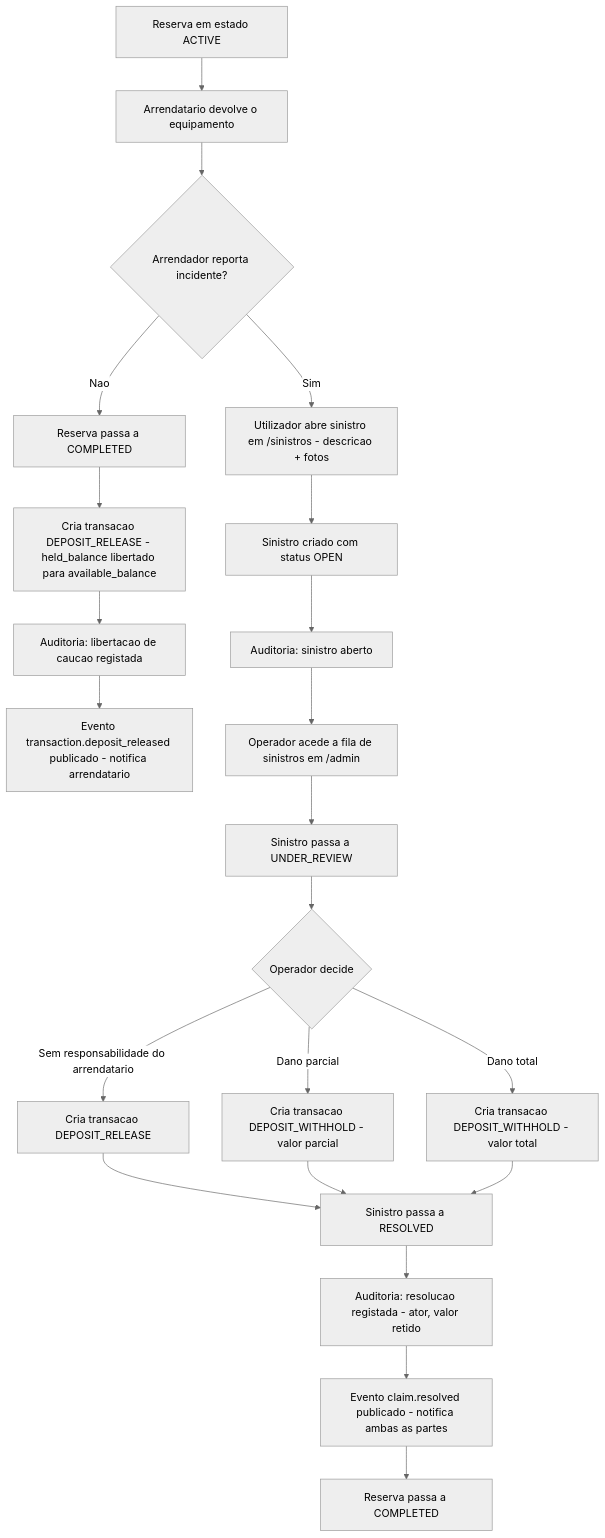
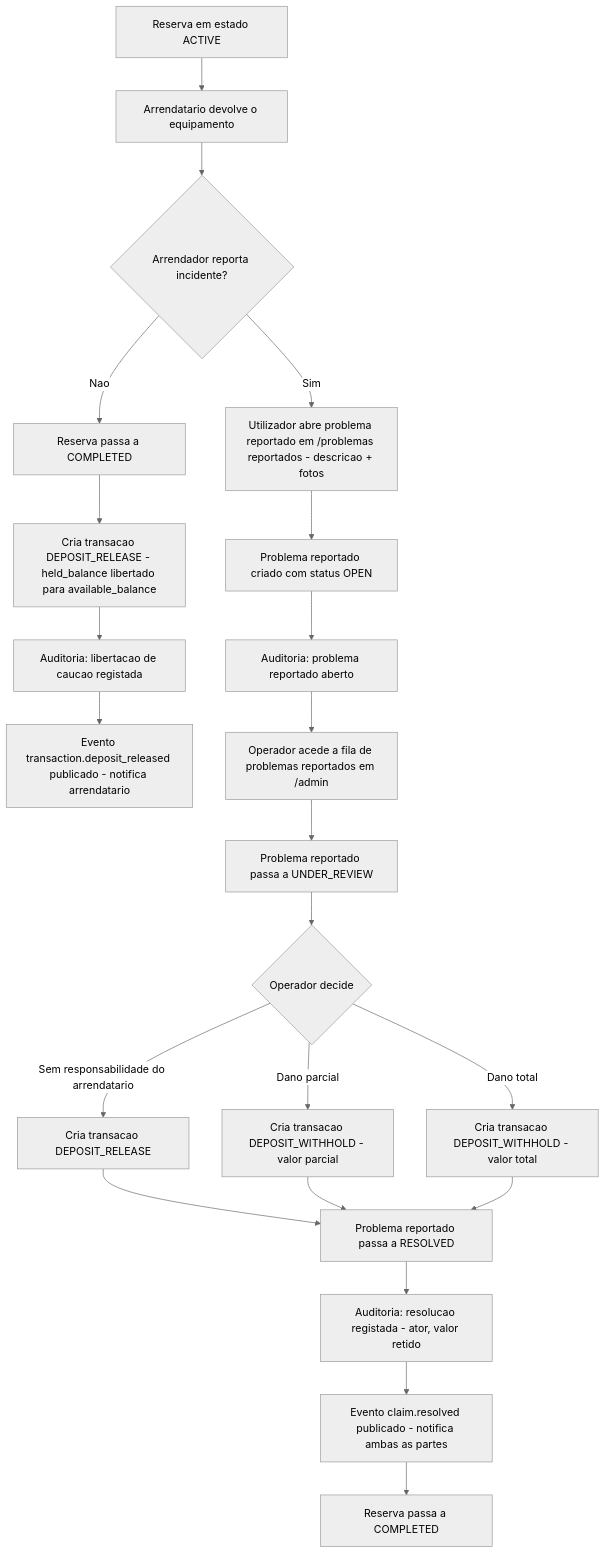
One commit to parcidio/Kubiko changed the eighth of 15 diagrams in docs/APP_FLOWCHART.md. Above: the diagram before and after it, drawn with Mermaid (neutral theme). The commit also changed other lines of this file and 10 other files, not shown here.

````diff
--- a/docs/APP_FLOWCHART.md
+++ b/docs/APP_FLOWCHART.md
@@ -97,25 +179,25 @@
 ```mermaid
 flowchart TD
     A[Reserva em estado ACTIVE] --> B[Arrendatario devolve o equipamento]
     B --> C{Arrendador reporta incidente?}
     C -->|Nao| D[Reserva passa a COMPLETED]
     D --> E[Cria transacao DEPOSIT_RELEASE - held_balance libertado para available_balance]
     E --> F[Auditoria: libertacao de caucao registada]
     F --> G[Evento transaction.deposit_released publicado - notifica arrendatario]
 
-    C -->|Sim| H[Utilizador abre sinistro em /sinistros - descricao + fotos]
-    H --> I[Sinistro criado com status OPEN]
-    I --> J[Auditoria: sinistro aberto]
-    J --> K[Operador acede a fila de sinistros em /admin]
-    K --> L[Sinistro passa a UNDER_REVIEW]
+    C -->|Sim| H[Utilizador abre problema reportado em /problemas reportados - descricao + fotos]
+    H --> I[Problema reportado criado com status OPEN]
+    I --> J[Auditoria: problema reportado aberto]
+    J --> K[Operador acede a fila de problemas reportados em /admin]
+    K --> L[Problema reportado passa a UNDER_REVIEW]
     L --> M{Operador decide}
     M -->|Sem responsabilidade do arrendatario| N[Cria transacao DEPOSIT_RELEASE]
     M -->|Dano parcial| O[Cria transacao DEPOSIT_WITHHOLD - valor parcial]
     M -->|Dano total| P[Cria transacao DEPOSIT_WITHHOLD - valor total]
-    N --> Q[Sinistro passa a RESOLVED]
+    N --> Q[Problema reportado passa a RESOLVED]
     O --> Q
     P --> Q
     Q --> R[Auditoria: resolucao registada - ator, valor retido]
     R --> S[Evento claim.resolved publicado - notifica ambas as partes]
     S --> T[Reserva passa a COMPLETED]
 ```
````
